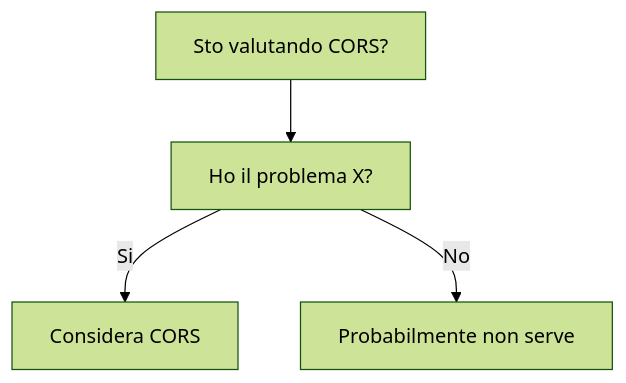
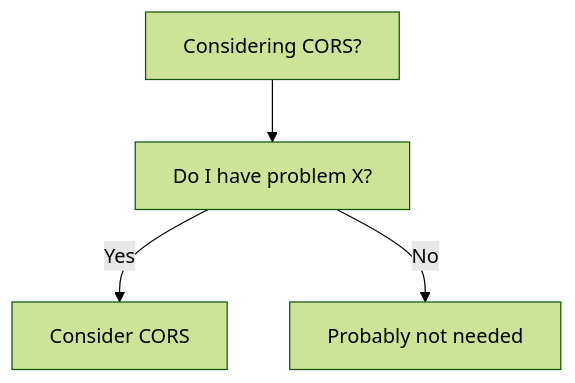
The diagram in dev-wiki/07_Networking/CORS/When_To_Use.md (HxT9/Software-Dev-Wiki), drawn with Mermaid (forest theme) before and after one commit. The commit also changed other lines of this file and 3444 other files, not shown here.

````diff
--- a/dev-wiki/07_Networking/CORS/When_To_Use.md
+++ b/dev-wiki/07_Networking/CORS/When_To_Use.md
@@ -19,6 +19,6 @@
 ```mermaid
 flowchart TD
-  Q[Sto valutando CORS?] --> Q1[Ho il problema X?]
-  Q1 -->|Si| OK[Considera CORS]
-  Q1 -->|No| NO[Probabilmente non serve]
+  Q[Considering CORS?] --> Q1[Do I have problem X?]
+  Q1 -->|Yes| OK[Consider CORS]
+  Q1 -->|No| NO[Probably not needed]
 ```
````
